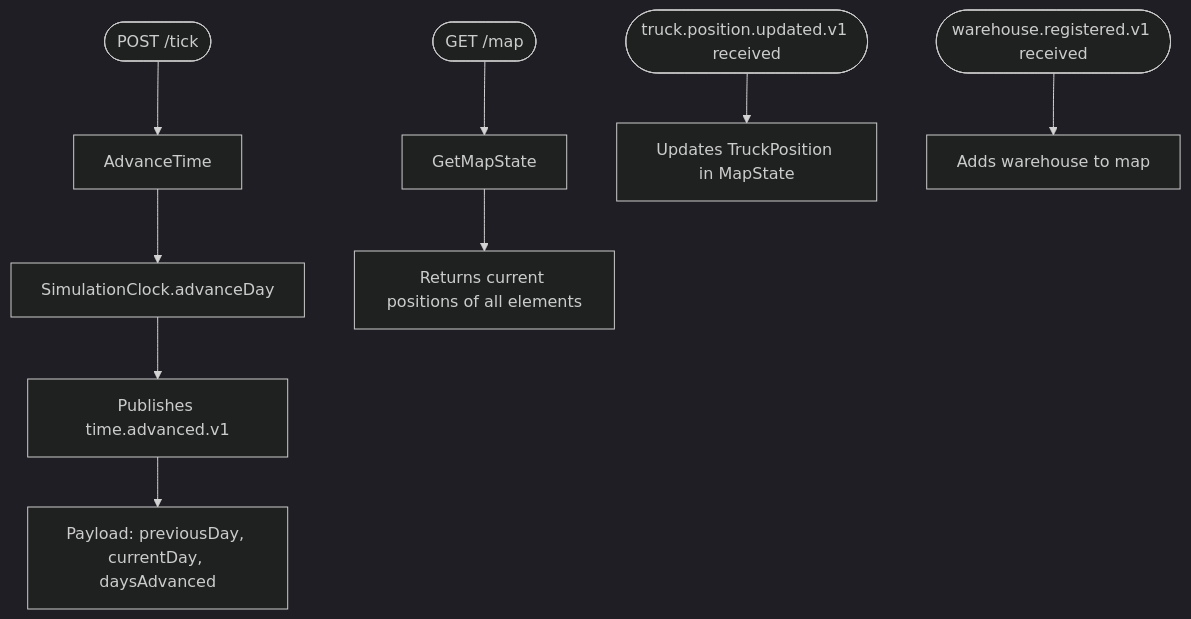
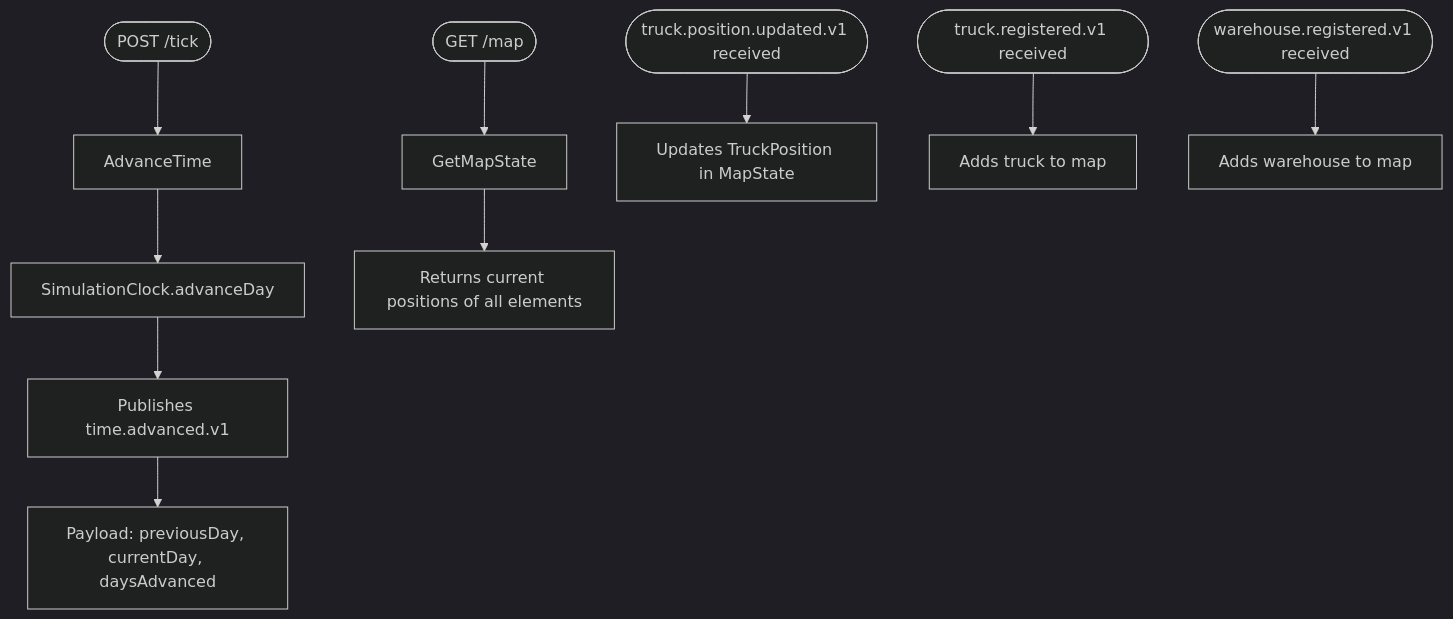
Before and after one commit to PauLopNun/workshop-suministros: the third of 3 diagrams in time/ddd.md, drawn with Mermaid (dark theme). The commit also changed other lines of this file, not shown here.

````diff
--- a/time/ddd.md
+++ b/time/ddd.md
@@ -70,13 +71,14 @@
 ```mermaid
 flowchart TD
     UC1([POST /tick]) --> A1[AdvanceTime]
     A1 --> A2[SimulationClock.advanceDay]
     A2 --> A3[Publishes time.advanced.v1]
     A3 --> A4[Payload: previousDay, currentDay, daysAdvanced]
 
     UC2([GET /map]) --> B1[GetMapState]
     B1 --> B2[Returns current positions of all elements]
 
     EV1([truck.position.updated.v1 received]) --> C1[Updates TruckPosition in MapState]
-    EV3([warehouse.registered.v1 received]) --> C4[Adds warehouse to map]
+    EV2([truck.registered.v1 received]) --> C2[Adds truck to map]
+    EV3([warehouse.registered.v1 received]) --> C3[Adds warehouse to map]
 ```
````
